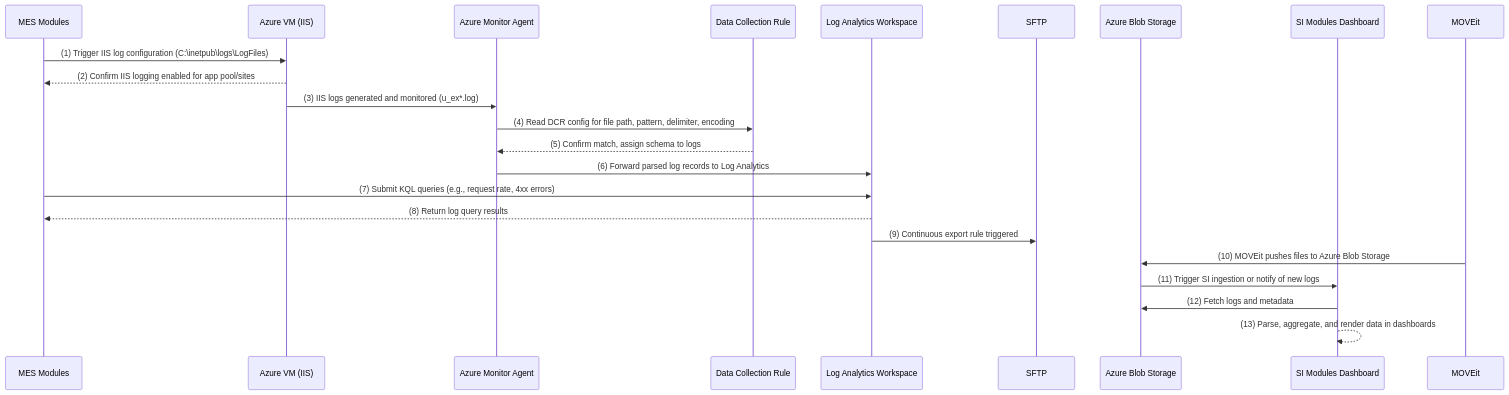
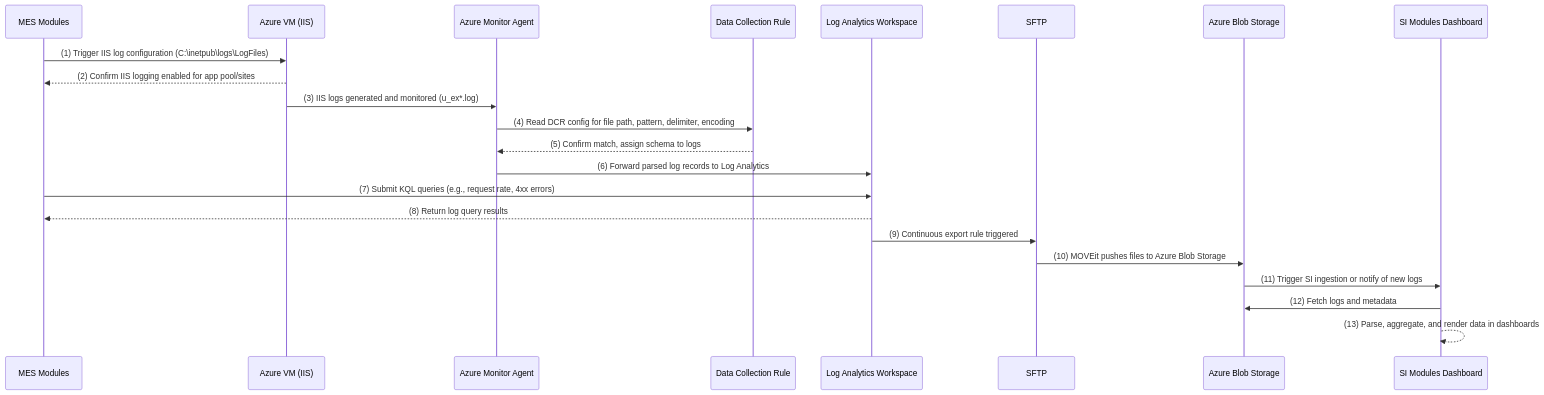
The first of 6 diagrams in README.md (oigbokwe73/Azure-Policy-On-Resource-Group), drawn with Mermaid before and after one commit.

````diff
--- a/README.md
+++ b/README.md
@@ -15,40 +15,40 @@
 ```mermaid
 sequenceDiagram
     participant MES as MES Modules
     participant VM as Azure VM (IIS)
     participant AMA as Azure Monitor Agent
     participant DCR as Data Collection Rule
     participant LAW as Log Analytics Workspace
     participant SFTP as SFTP 
     participant Storage as Azure Blob Storage
     participant SI as SI Modules Dashboard
 
     %% Step 1: Initial log setup
     MES->>VM: (1) Trigger IIS log configuration (C:\inetpub\logs\LogFiles)
     VM-->>MES: (2) Confirm IIS logging enabled for app pool/sites
 
     %% Step 2: Agent watches log folder
     VM->>AMA: (3) IIS logs generated and monitored (u_ex*.log)
 
     %% Step 3: Agent queries Data Collection Rule
     AMA->>DCR: (4) Read DCR config for file path, pattern, delimiter, encoding
     DCR-->>AMA: (5) Confirm match, assign schema to logs
 
     %% Step 4: Send logs to workspace
     AMA->>LAW: (6) Forward parsed log records to Log Analytics
 
     %% Step 5: Query for metrics
     MES->>LAW: (7) Submit KQL queries (e.g., request rate, 4xx errors)
     LAW-->>MES: (8) Return log query results
 
     %% Step 6: Export logs via pipeline
     LAW->>SFTP: (9) Continuous export rule triggered
-    MOVEit->>Storage: (10) MOVEit pushes files to Azure Blob Storage
+    SFTP->>Storage: (10) MOVEit pushes files to Azure Blob Storage
 
     %% Step 7: Storage readiness signal
     Storage->>SI: (11) Trigger SI ingestion or notify of new logs
 
     %% Step 8: Dashboard rendering
     SI->>Storage: (12) Fetch logs and metadata
     SI-->>SI: (13) Parse, aggregate, and render data in dashboards
 ```
````
